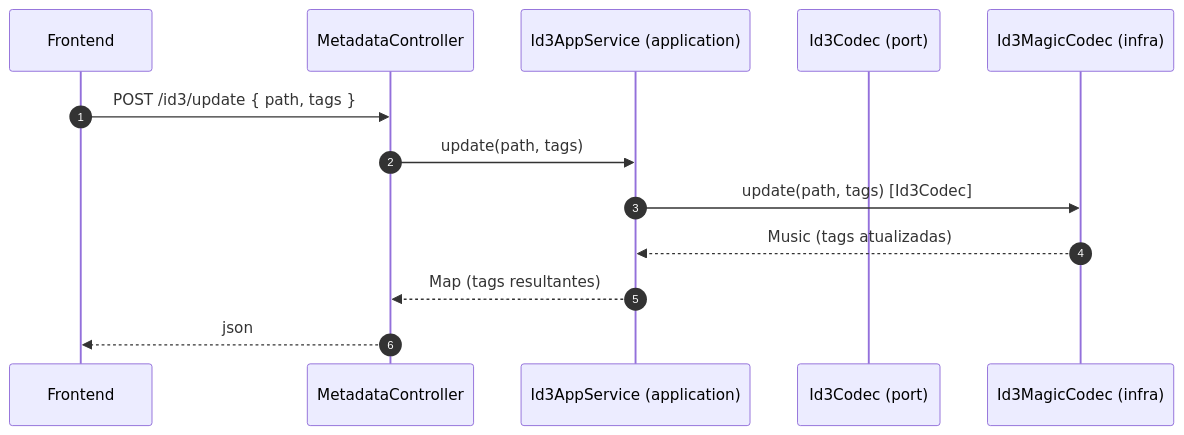
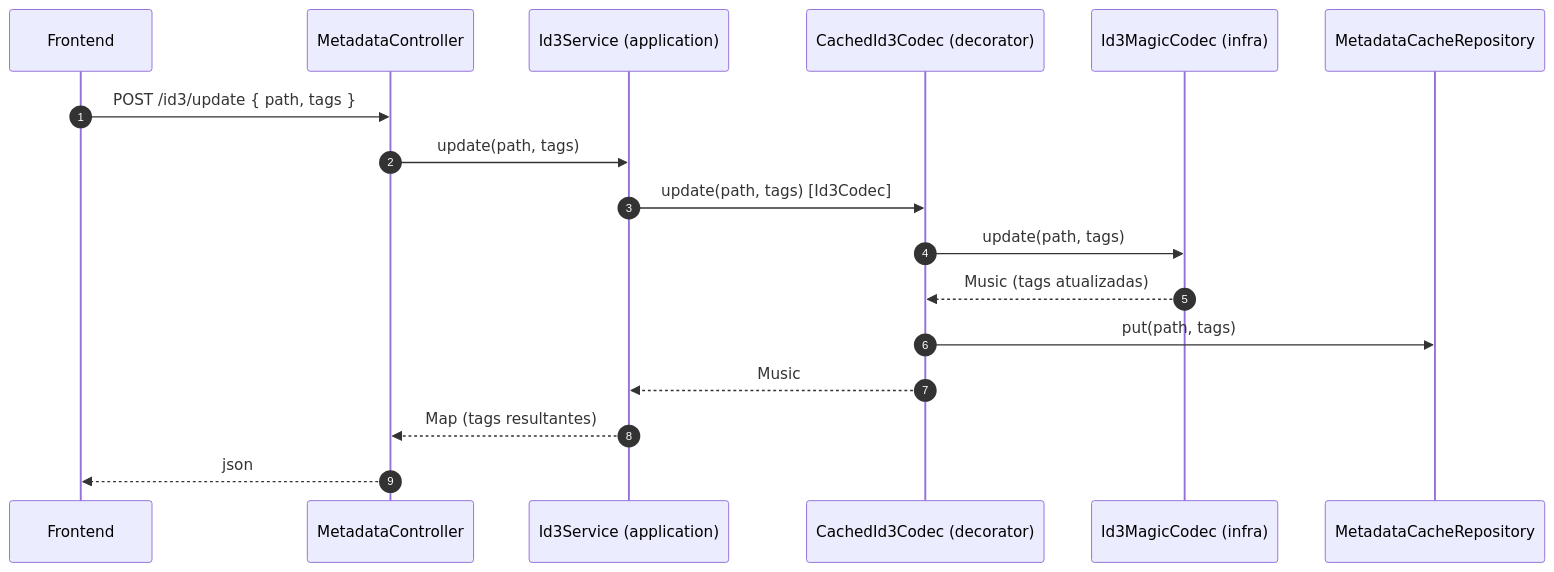
One commit to jpontesmartins/mp3-player changed the fifth of 9 diagrams in docs/architecture.md. Above: the diagram before and after it, drawn with Mermaid. The commit also changed other lines of this file and 25 other files, not shown here.

Commit message:
atualização javadocs, readmes, architecture.md

````diff
--- a/docs/architecture.md
+++ b/docs/architecture.md
@@ -182,16 +196,20 @@
 ```mermaid
 sequenceDiagram
     autonumber
     participant FE as Frontend
     participant C as MetadataController
-    participant S as Id3AppService (application)
-    participant CO as Id3Codec (port)
+    participant S as Id3Service (application)
+    participant CACHED as CachedId3Codec (decorator)
     participant M as Id3MagicCodec (infra)
+    participant CACHE as MetadataCacheRepository
 
     FE->>C: POST /id3/update { path, tags }
     C->>S: update(path, tags)
-    S->>M: update(path, tags)  [Id3Codec]
-    M-->>S: Music (tags atualizadas)
+    S->>CACHED: update(path, tags)  [Id3Codec]
+    CACHED->>M: update(path, tags)
+    M-->>CACHED: Music (tags atualizadas)
+    CACHED->>CACHE: put(path, tags)
+    CACHED-->>S: Music
     S-->>C: Map (tags resultantes)
     C-->>FE: json
 ```
````
